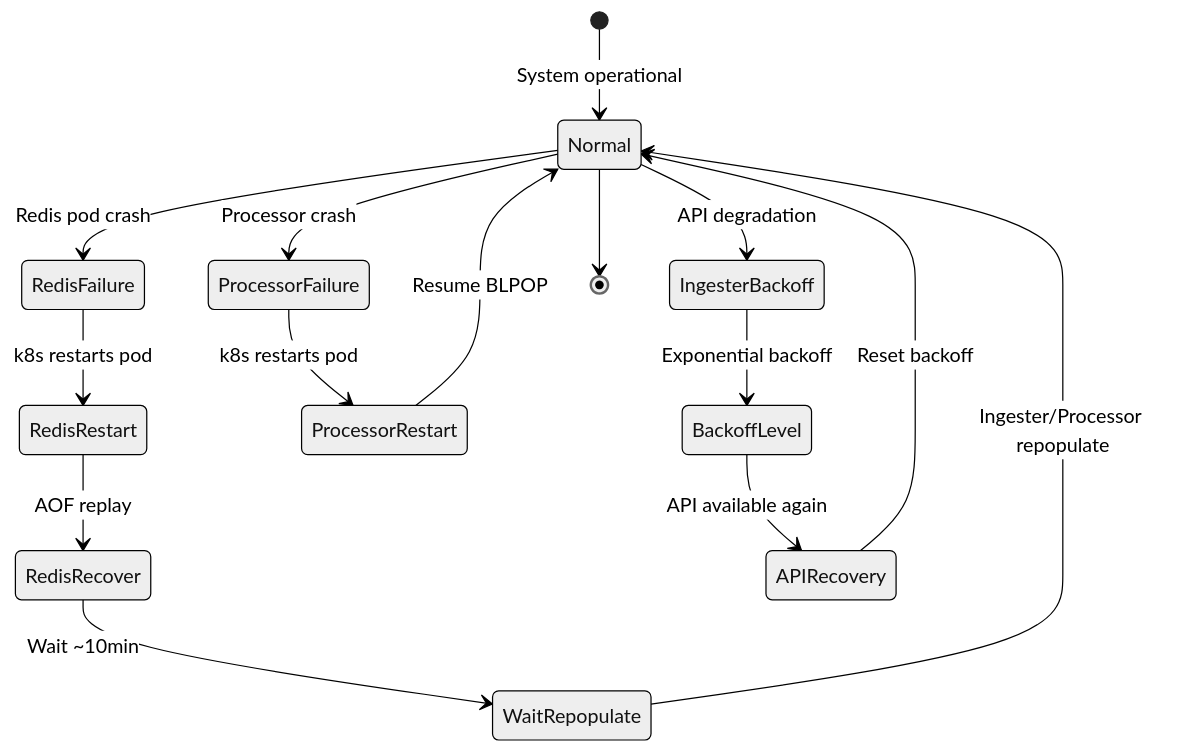
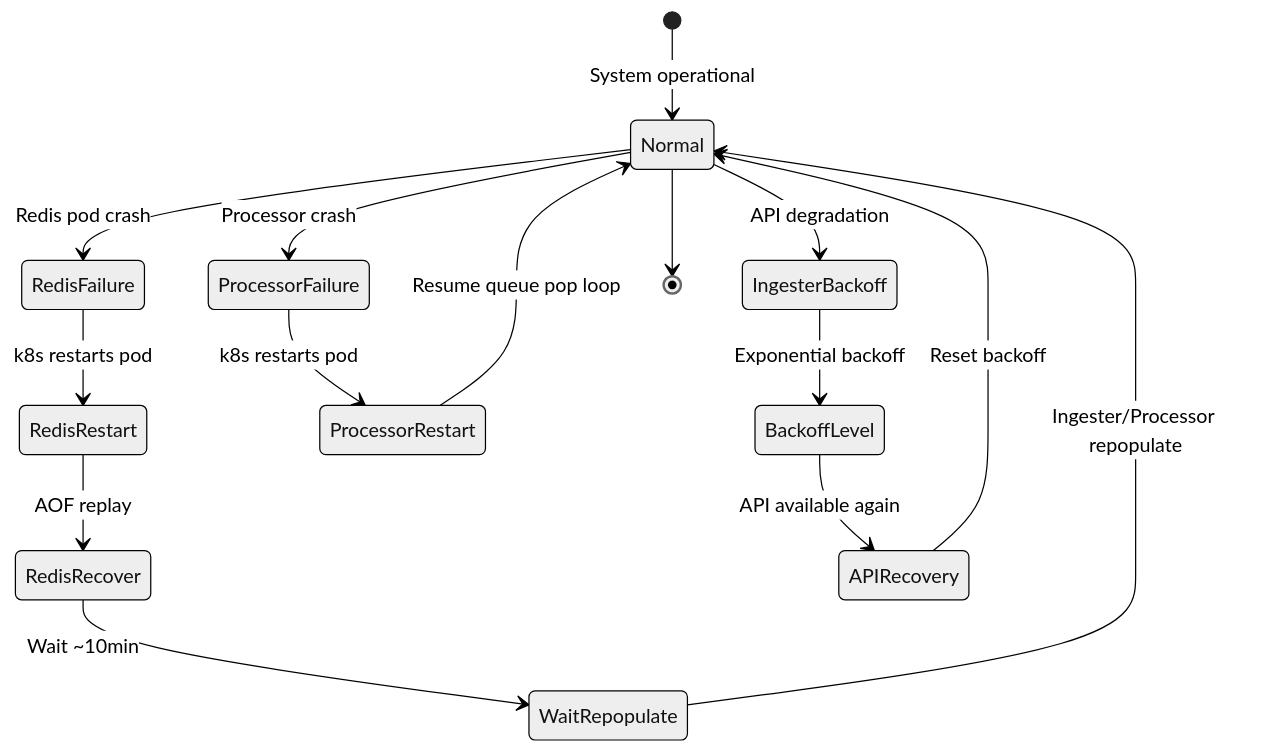
One commit to ClementV78/CloudRadar changed diagram 21 of 28 in docs/architecture/technical-architecture-document.md. Above: the diagram before and after it, drawn with Mermaid (neutral theme). The commit also changed other lines of this file and 1 other file, not shown here.

First line of the commit message:
docs(architecture): align technical architecture docs

````diff
--- a/docs/architecture/technical-architecture-document.md
+++ b/docs/architecture/technical-architecture-document.md
@@ -688,22 +703,22 @@
 ```mermaid
 stateDiagram-v2
     [*] --> Normal: System operational
 
     Normal --> RedisFailure: Redis pod crash
     Normal --> ProcessorFailure: Processor crash
     Normal --> IngesterBackoff: API degradation
 
     RedisFailure --> RedisRestart: k8s restarts pod
     RedisRestart --> RedisRecover: AOF replay
     RedisRecover --> WaitRepopulate: Wait ~10min
     WaitRepopulate --> Normal: Ingester/Processor repopulate
 
     ProcessorFailure --> ProcessorRestart: k8s restarts pod
-    ProcessorRestart --> Normal: Resume BLPOP
+    ProcessorRestart --> Normal: Resume queue pop loop
 
     IngesterBackoff --> BackoffLevel: Exponential backoff
     BackoffLevel --> APIRecovery: API available again
     APIRecovery --> Normal: Reset backoff
 
     Normal --> [*]
 ```
````
